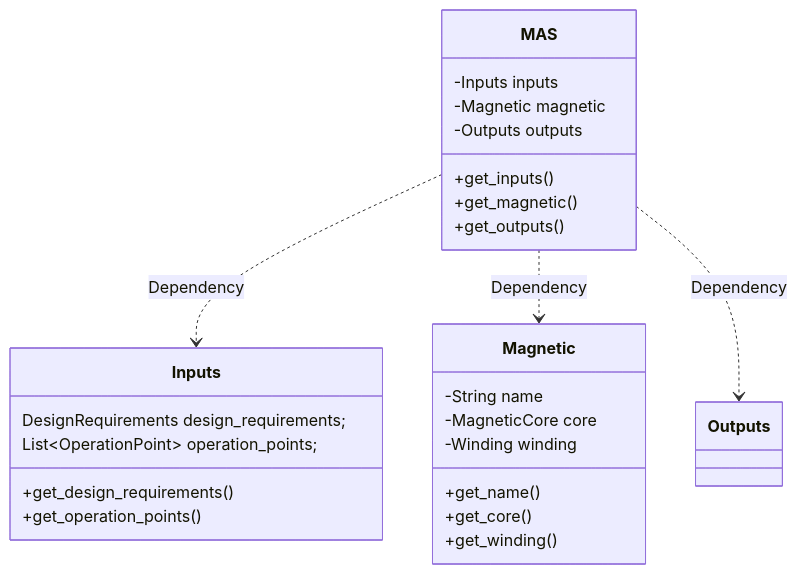
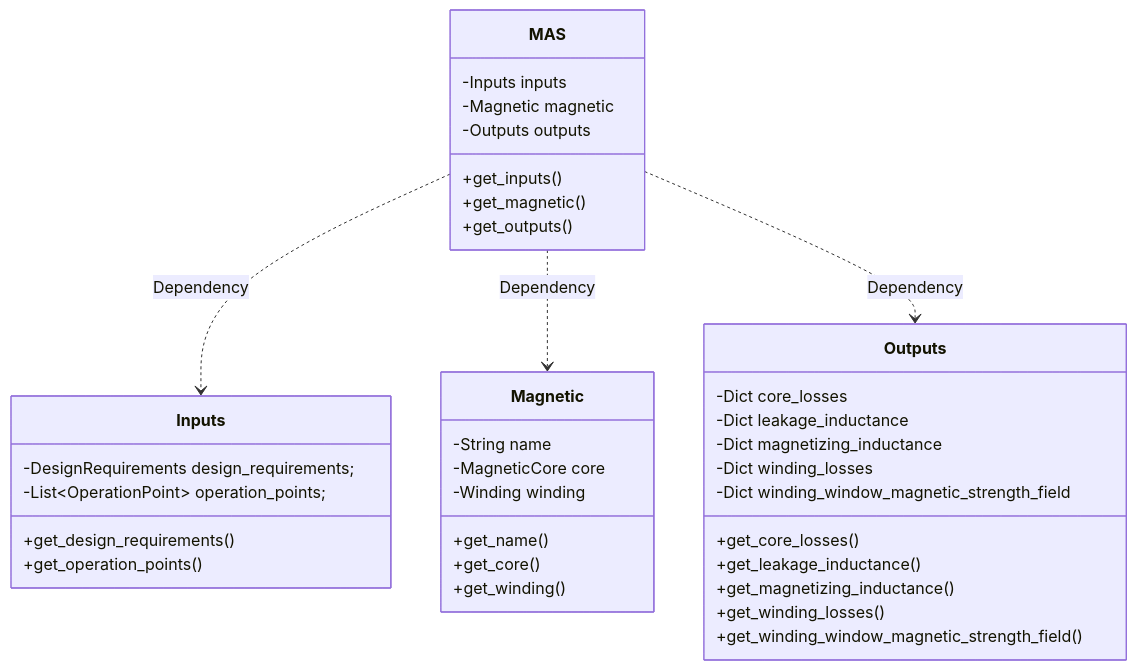
One commit to OpenMagnetics/MAS changed the diagram in README.md. Above: the diagram before and after it, drawn with Mermaid.

````diff
--- a/README.md
+++ b/README.md
@@ -31,41 +31,55 @@
 ```mermaid
 classDiagram
 
 class MAS {
     
     -Inputs inputs
     -Magnetic magnetic
     -Outputs outputs
 
     +get_inputs()
 	+get_magnetic()
 	+get_outputs()
     
 }
 MAS ..> Inputs : Dependency
 MAS ..> Magnetic : Dependency
 MAS ..> Outputs : Dependency
 
 class Inputs {
     
-    DesignRequirements design_requirements;
-    List~OperationPoint~ operation_points;
+    -DesignRequirements design_requirements;
+    -List~OperationPoint~ operation_points;
 
-	+get_design_requirements()
-	+get_operation_points()
+    +get_design_requirements()
+    +get_operation_points()
     
 }
 
 class Magnetic {
     
     -String name
     -MagneticCore core
     -Winding winding
 
-	+get_name()
-	+get_core()
-	+get_winding()
+    +get_name()
+    +get_core()
+    +get_winding()
     
 }
 
+class Outputs {
+    -Dict core_losses
+    -Dict leakage_inductance
+    -Dict magnetizing_inductance
+    -Dict winding_losses
+    -Dict winding_window_magnetic_strength_field
+
+    +get_core_losses()
+    +get_leakage_inductance()
+    +get_magnetizing_inductance()
+    +get_winding_losses()
+    +get_winding_window_magnetic_strength_field()
+}
+
 ```
````
